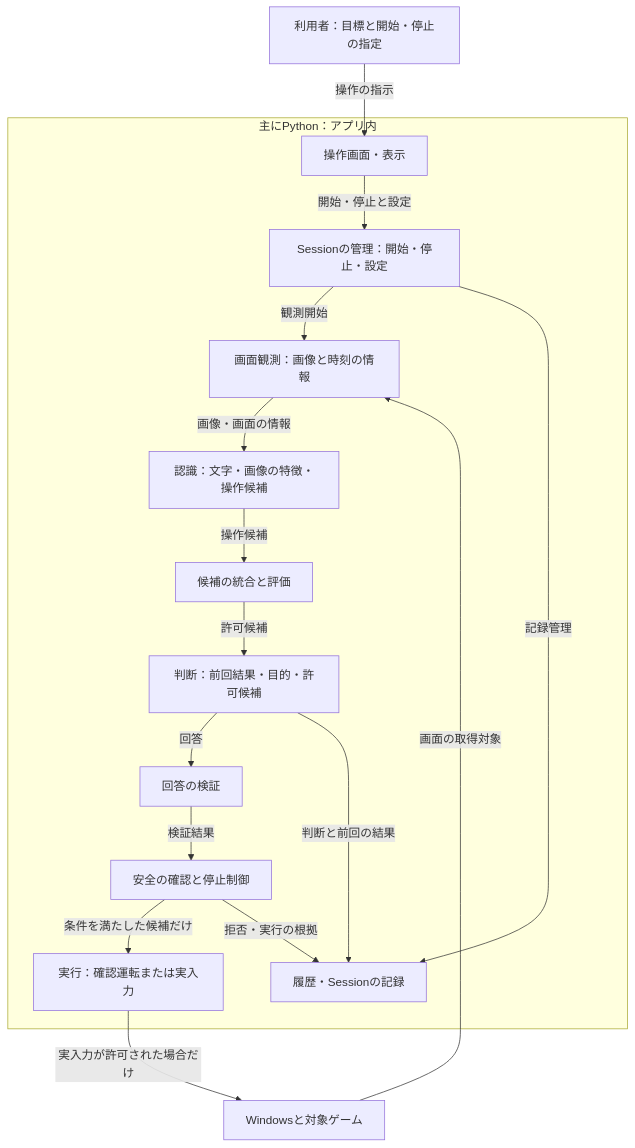
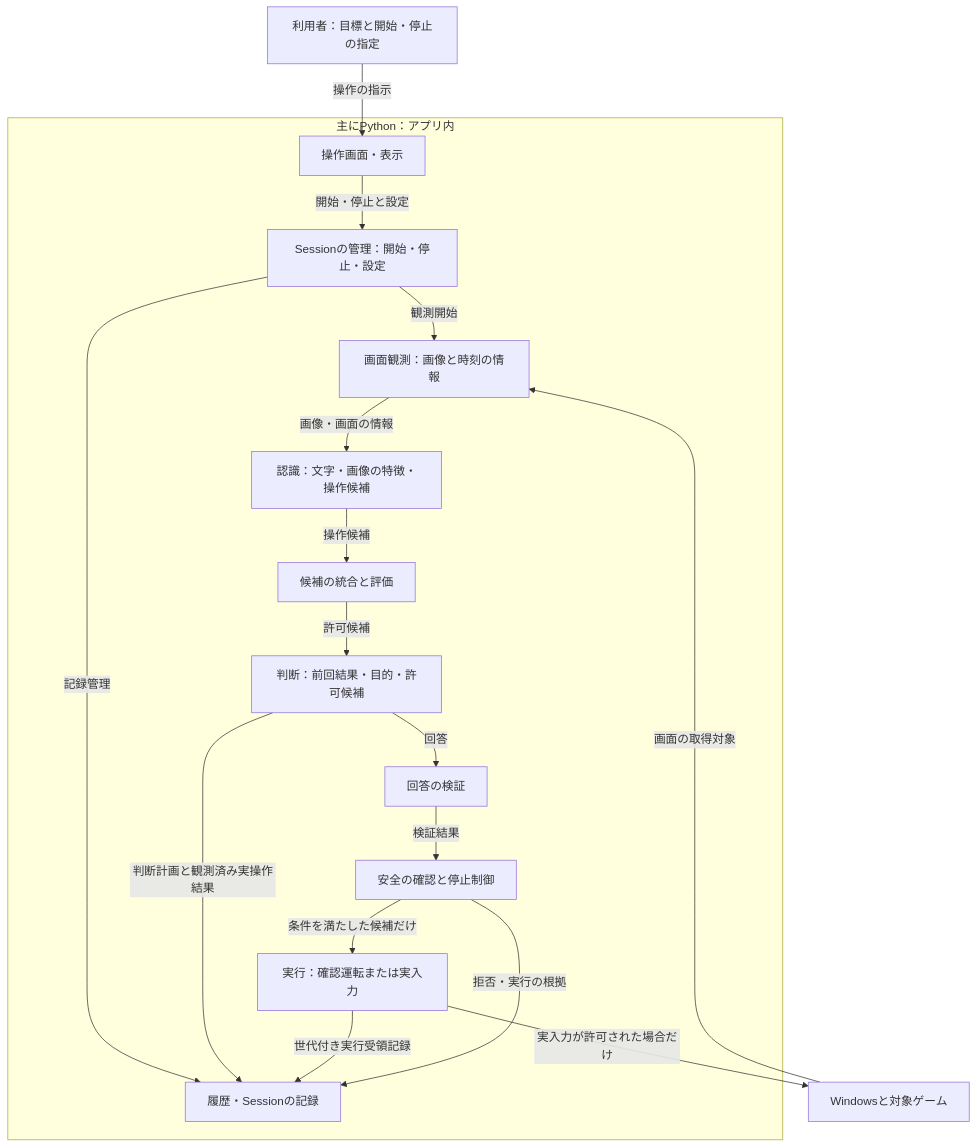
Before and after one commit to tomiya7688/AI_game_player: the first of 3 diagrams in doc/architecture/runtime_map_for_readers.md, drawn with Mermaid. The commit also changed 10 other files, not shown here.

````diff
--- a/doc/architecture/runtime_map_for_readers.md
+++ b/doc/architecture/runtime_map_for_readers.md
@@ -9,31 +9,32 @@
 ```mermaid
 flowchart TB
     U["利用者：目標と開始・停止の指定"]
     subgraph PY["主にPython：アプリ内"]
         UI["操作画面・表示"]
         M["Sessionの管理：開始・停止・設定"]
         O["画面観測：画像と時刻の情報"]
         R["認識：文字・画像の特徴・操作候補"]
         C["候補の統合と評価"]
         D["判断：前回結果・目的・許可候補"]
         V["回答の検証"]
         S["安全の確認と停止制御"]
         X["実行：確認運転または実入力"]
         J["履歴・Sessionの記録"]
     end
     W["Windowsと対象ゲーム"]
     U -->|操作の指示| UI
     UI -->|開始・停止と設定| M
     M -->|観測開始| O
     W -->|画面の取得対象| O
     O -->|画像・画面の情報| R
     R -->|操作候補| C
     C -->|許可候補| D
     D -->|回答| V
     V -->|検証結果| S
     S -->|条件を満たした候補だけ| X
     X -->|実入力が許可された場合だけ| W
     M -->|記録管理| J
-    D -->|判断と前回の結果| J
+    D -->|判断計画と観測済み実操作結果| J
+    X -->|世代付き実行受領記録| J
     S -->|拒否・実行の根拠| J
 ```
````
